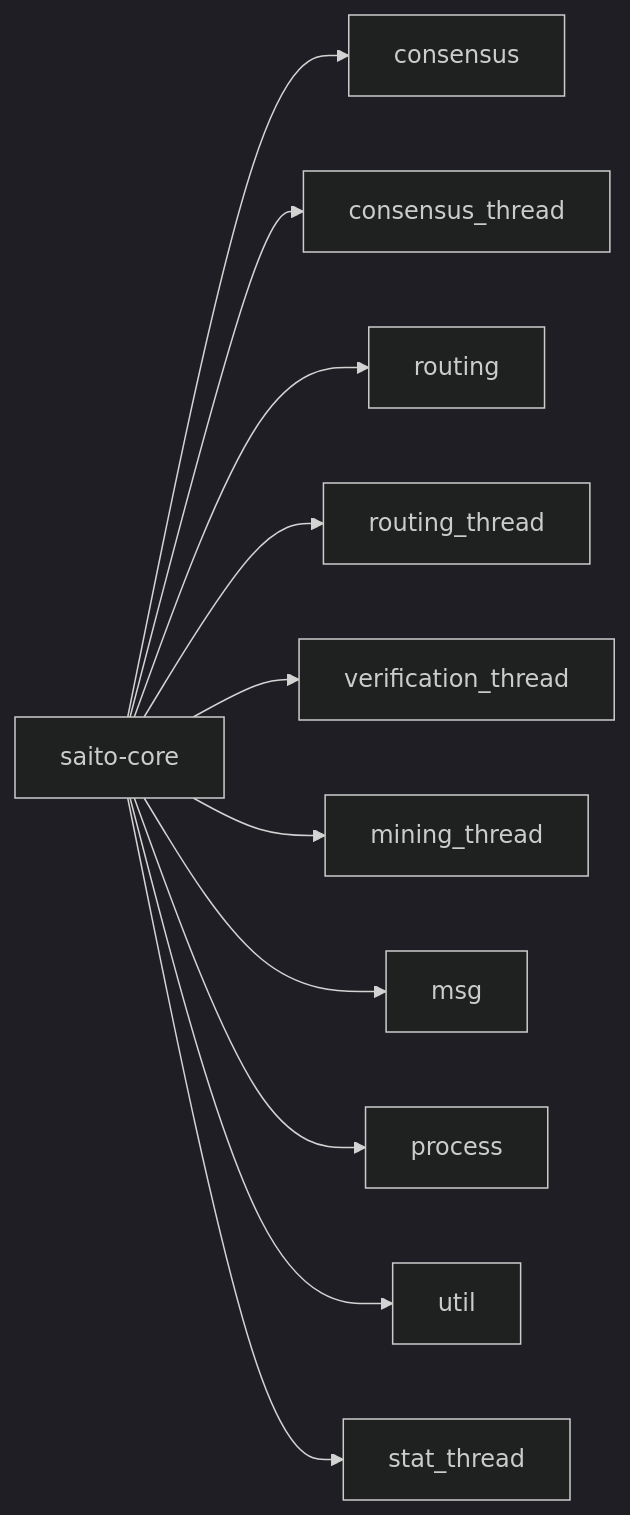
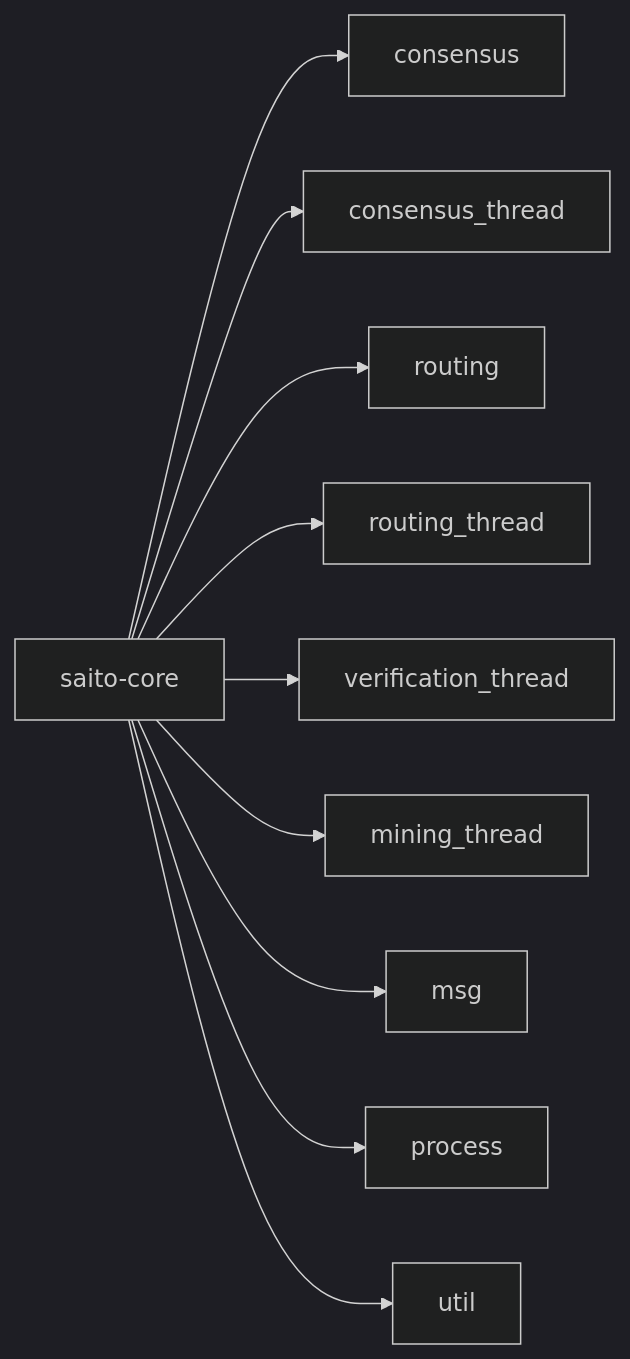
One commit to SaitoTech/saito changed the second of 3 diagrams in rust/wiki/codebase-structure.md. Above: the diagram before and after it, drawn with Mermaid (dark theme). The commit also changed other lines of this file and 19 other files, not shown here.

Commit message:
removed stat thread

````diff
--- a/rust/wiki/codebase-structure.md
+++ b/rust/wiki/codebase-structure.md
@@ -51,14 +50,13 @@
 ```mermaid
 flowchart LR
 	CORE[saito-core]
 	CORE --> CONS[consensus]
 	CORE --> CT[consensus_thread]
 	CORE --> ROUT[routing]
 	CORE --> RT[routing_thread]
 	CORE --> VT[verification_thread]
 	CORE --> MT[mining_thread]
 	CORE --> MSG[msg]
 	CORE --> PROC[process]
 	CORE --> UTIL[util]
-	CORE --> STAT[stat_thread]
 ```
````
